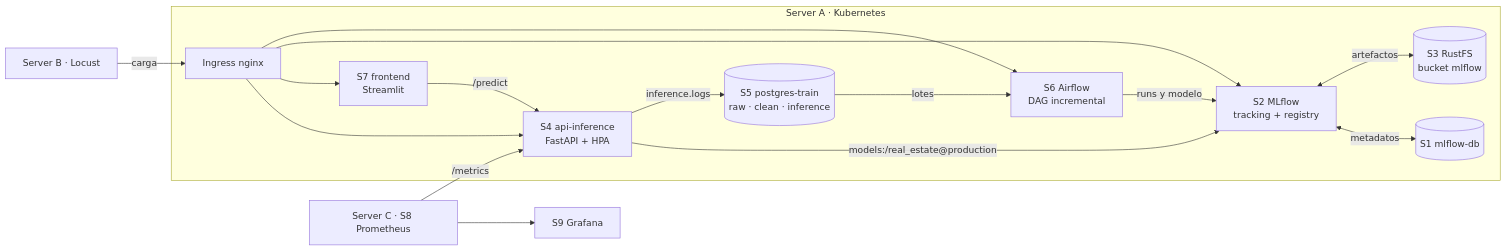
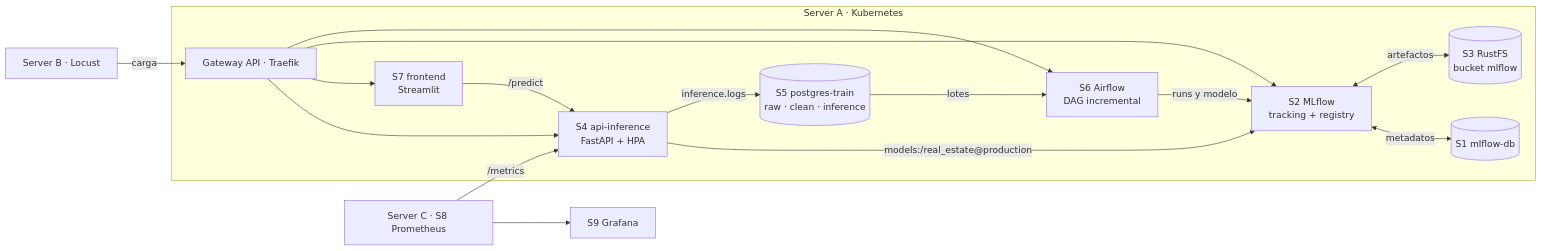
Before and after one commit to aristotekean/mlops-real-state-pricing: the first of 2 diagrams in README.md, drawn with Mermaid. The commit also changed other lines of this file and 16 other files, not shown here.

First line of the commit message:
feat(k8s): replace ingress-nginx with Gateway API on Traefik

````diff
--- a/README.md
+++ b/README.md
@@ -59,16 +66,16 @@
 ```mermaid
 flowchart LR
     subgraph A["Server A · Kubernetes"]
         s5[("S5 postgres-train<br/>raw · clean · inference")] -->|lotes| s6["S6 Airflow<br/>DAG incremental"]
         s6 -->|runs y modelo| s2["S2 MLflow<br/>tracking + registry"]
         s2 <-->|metadatos| s1[("S1 mlflow-db")]
         s2 <-->|artefactos| s3[("S3 RustFS<br/>bucket mlflow")]
         s4["S4 api-inference<br/>FastAPI + HPA"] -->|"models:/real_estate@production"| s2
         s4 -->|inference.logs| s5
         s7["S7 frontend<br/>Streamlit"] -->|/predict| s4
-        ing["Ingress nginx"] --> s4 & s7 & s2 & s6
+        ing["Gateway API · Traefik"] --> s4 & s7 & s2 & s6
     end
     b["Server B · Locust"] -->|carga| ing
     s8["Server C · S8 Prometheus"] -->|/metrics| s4
     s8 --> s9["S9 Grafana"]
 ```
````
